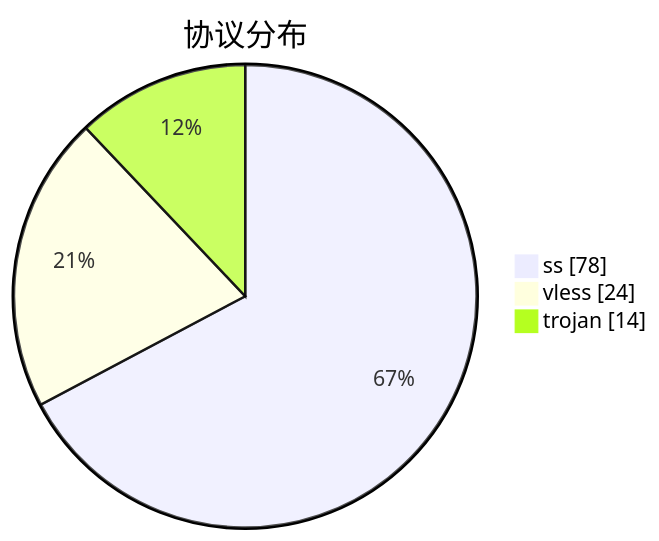
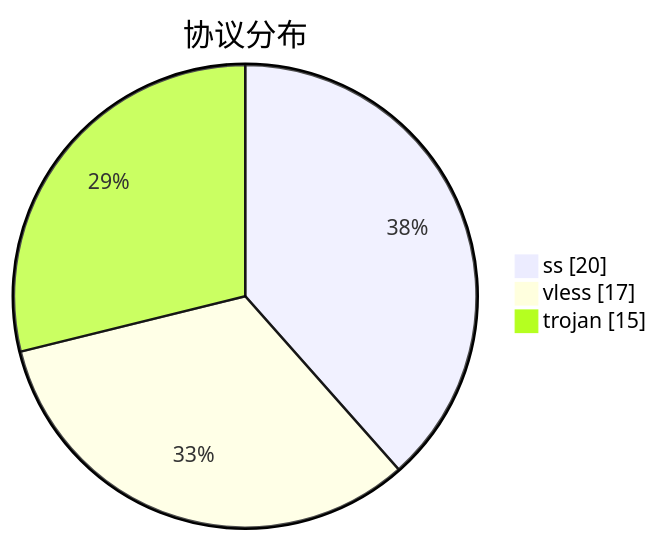
The third of 3 diagrams in subs/statistics/tested_within.md (qjlxg/airport), drawn with Mermaid before and after one commit. The commit also changed other lines of this file and 2 other files, not shown here.

````diff
--- a/subs/statistics/tested_within.md
+++ b/subs/statistics/tested_within.md
@@ -29,7 +26,7 @@
 ```mermaid
 pie showData
 title 协议分布
-"ss" : 78
-"vless" : 24
-"trojan" : 14
+"ss" : 20
+"vless" : 17
+"trojan" : 15
 ```
````
